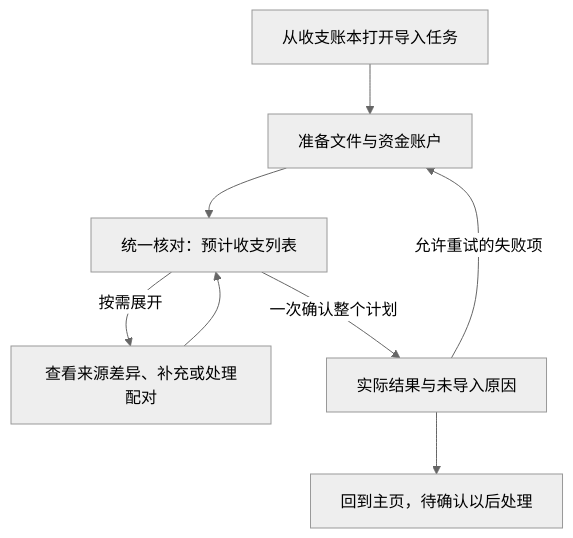
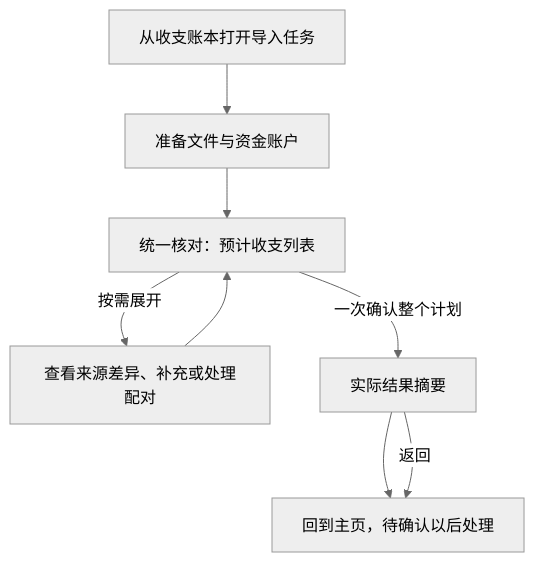
The diagram in openspec/changes/compose-cash-import-workflow/design.md (ssttkkl/finance-tracker), drawn with Mermaid (neutral theme) before and after one commit. The commit also changed other lines of this file and 22 other files, not shown here.

````diff
--- a/openspec/changes/compose-cash-import-workflow/design.md
+++ b/openspec/changes/compose-cash-import-workflow/design.md
@@ -15,10 +15,10 @@
 ```mermaid
 flowchart TD
     A[从收支账本打开导入任务] --> B[准备文件与资金账户]
     B --> C[统一核对：预计收支列表]
     C -->|按需展开| D[查看来源差异、补充或处理配对]
     D --> C
-    C -->|一次确认整个计划| E[实际结果与未导入原因]
+    C -->|一次确认整个计划| E[实际结果摘要]
     E --> F[回到主页，待确认以后处理]
-    E -->|允许重试的失败项| B
+    E -->|返回| F
 ```
````
